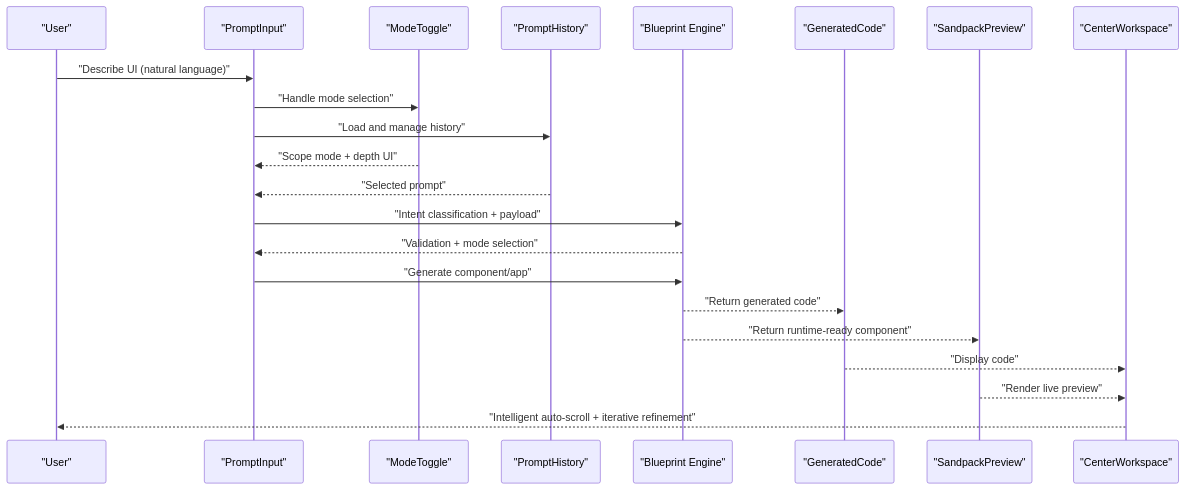
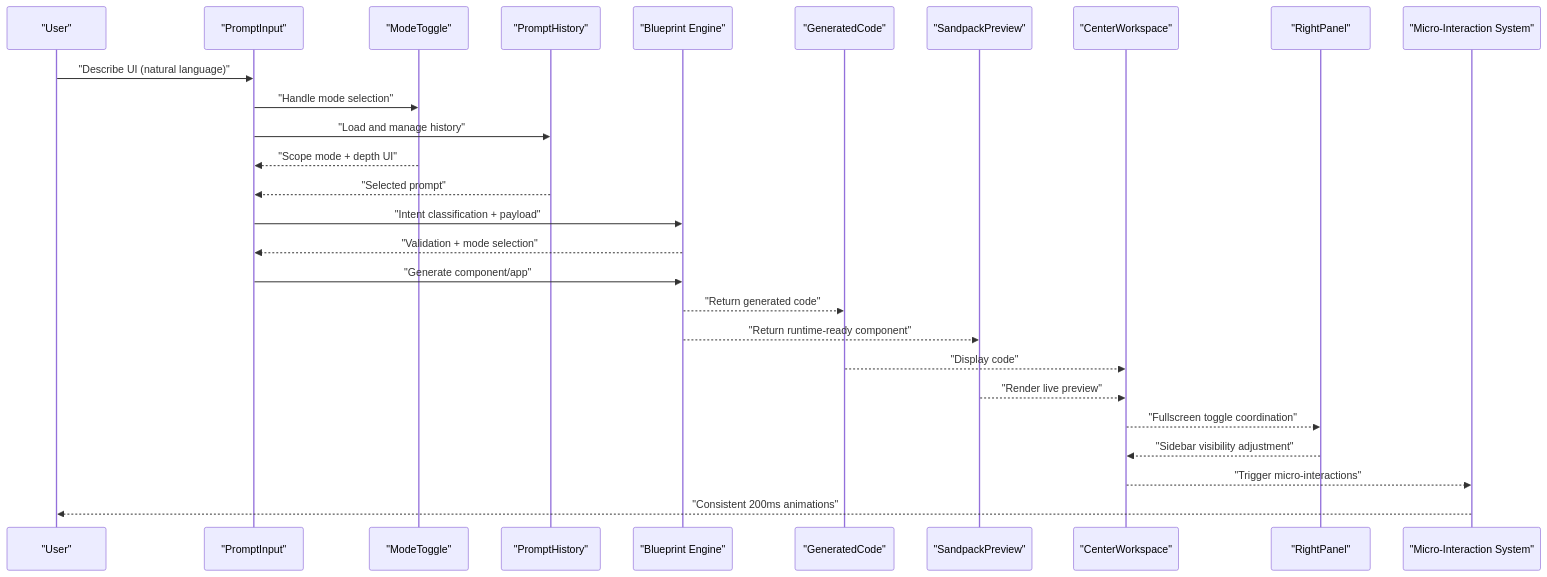
One commit to shekhargiri005-dotcom/AI-powered-accessibility-first-UI-engine changed the second of 8 diagrams in .qoder/repowiki/en/content/UI Component System/UI Component System.md. Above: the diagram before and after it, drawn with Mermaid. The commit also changed other lines of this file and 71 other files, not shown here.

````diff
--- a/.qoder/repowiki/en/content/UI Component System/UI Component System.md
+++ b/.qoder/repowiki/en/content/UI Component System/UI Component System.md
@@ -207,24 +286,29 @@
 ```mermaid
 sequenceDiagram
 participant User as "User"
 participant Prompt as "PromptInput"
 participant ModeToggle as "ModeToggle"
 participant History as "PromptHistory"
 participant Engine as "Blueprint Engine"
 participant Gen as "GeneratedCode"
 participant Preview as "SandpackPreview"
 participant Workspace as "CenterWorkspace"
+participant RightPanel as "RightPanel"
+participant Motion as "Micro-Interaction System"
 User->>Prompt : "Describe UI (natural language)"
 Prompt->>ModeToggle : "Handle mode selection"
 Prompt->>History : "Load and manage history"
 ModeToggle-->>Prompt : "Scope mode + depth UI"
 History-->>Prompt : "Selected prompt"
 Prompt->>Engine : "Intent classification + payload"
 Engine-->>Prompt : "Validation + mode selection"
 Prompt->>Engine : "Generate component/app"
 Engine-->>Gen : "Return generated code"
 Engine-->>Preview : "Return runtime-ready component"
 Gen-->>Workspace : "Display code"
 Preview-->>Workspace : "Render live preview"
-Workspace-->>User : "Intelligent auto-scroll + iterative refinement"
+Workspace-->>RightPanel : "Fullscreen toggle coordination"
+RightPanel-->>Workspace : "Sidebar visibility adjustment"
+Workspace-->>Motion : "Trigger micro-interactions"
+Motion-->>User : "Consistent 200ms animations"
 ```
````
